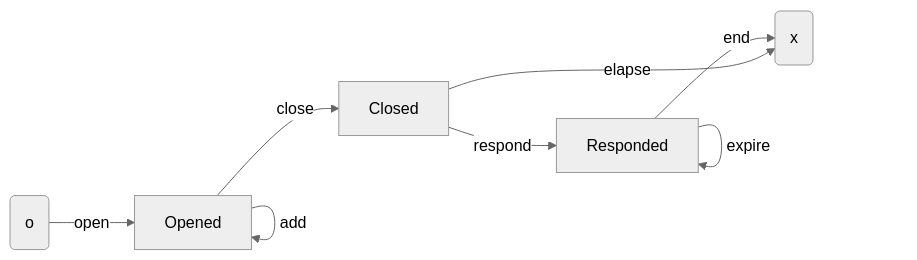
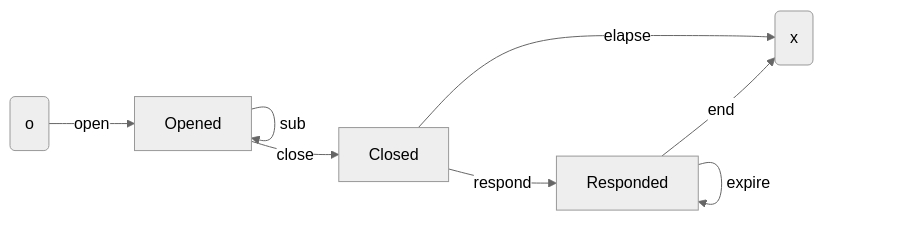
One commit to cardano-lightning/konduit changed the first of 12 diagrams in docs/design/requirements/31_kernel.md. Above: the diagram before and after it, drawn with Mermaid (neutral theme). The commit also changed other lines of this file, not shown here.

````diff
--- a/docs/design/requirements/31_kernel.md
+++ b/docs/design/requirements/31_kernel.md
@@ -57,28 +26,28 @@
 ```mermaid
 flowchart LR
     n0("o")
 
     opened["
     Opened \n
     "]
 
     closed["
     Closed \n
     "]
 
     responded["
     Responded
     "]
 
     n1("x")
 
     n0 -->|open| opened
+    opened --->|add| opened
     opened -->|sub| opened
-    opened --->|add| opened
     opened -->|close| closed
     closed -->|respond| responded
     responded -->|unlock| responded
     responded -->|expire| responded
     responded -->|end| n1
     closed -->|elapse| n1
 ```
````
